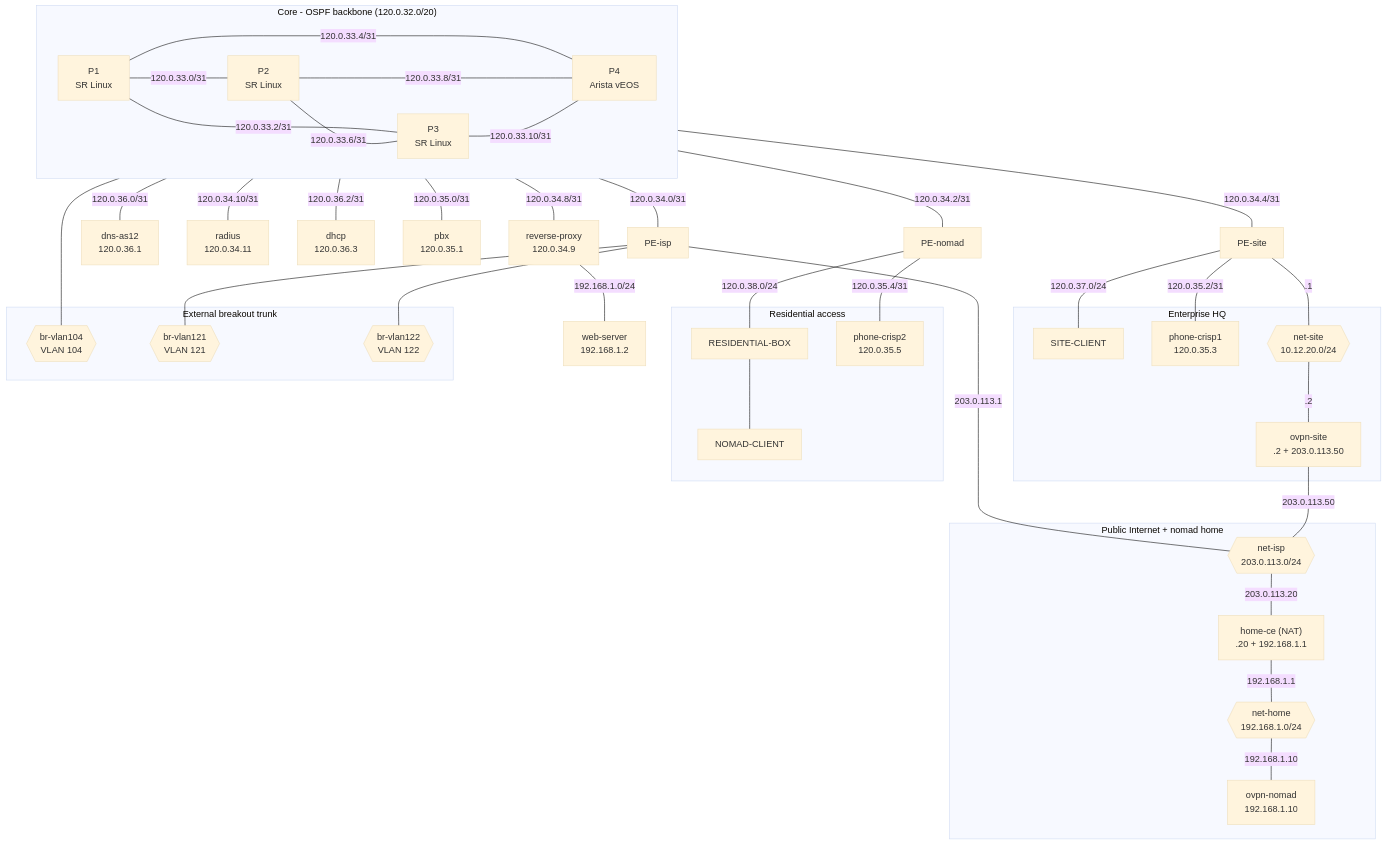
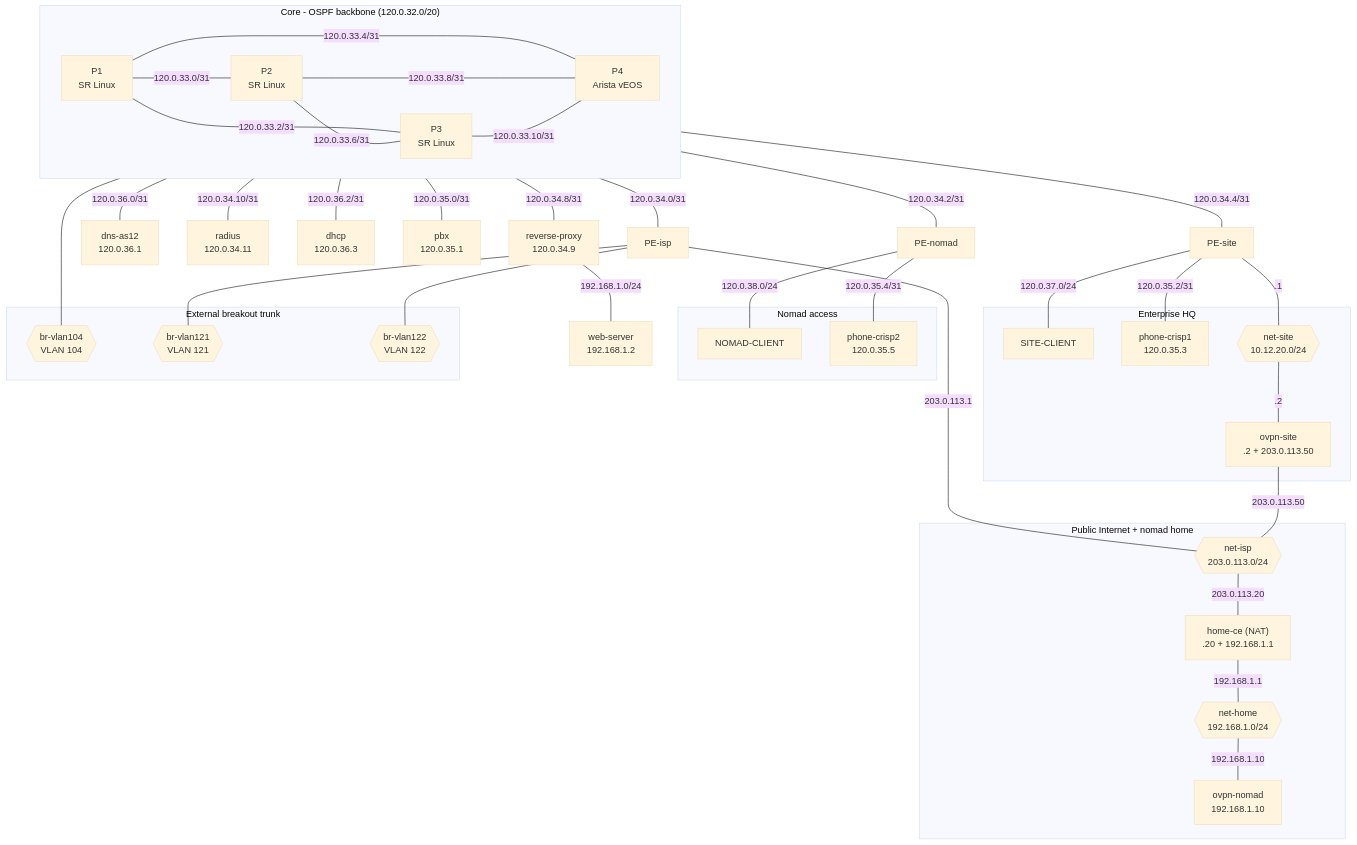
Before and after one commit to yfgrepcat/CrISP: the first of 2 diagrams in README.md, drawn with Mermaid. The commit also changed other lines of this file and 6 other files, not shown here.

````diff
--- a/README.md
+++ b/README.md
@@ -110,81 +110,79 @@
 ```mermaid
 %%{init: {'theme': 'base', 'themeVariables': {'fontSize': '16px'}}}%%
 flowchart TB
   subgraph CORE["Core - OSPF backbone (120.0.32.0/20)"]
     direction LR
     P1["P1<br/>SR Linux"]
     P2["P2<br/>SR Linux"]
     P3["P3<br/>SR Linux"]
     P4["P4<br/>Arista vEOS"]
     P1 ---|"120.0.33.0/31"| P2
     P1 ---|"120.0.33.2/31"| P3
     P1 ---|"120.0.33.4/31"| P4
     P2 ---|"120.0.33.6/31"| P3
     P2 ---|"120.0.33.8/31"| P4
     P3 ---|"120.0.33.10/31"| P4
   end
 
   %% --- services directly on the core ---
   RP["reverse-proxy<br/>120.0.34.9"]
   WEB["web-server<br/>192.168.1.2"]
   DNS["dns-as12<br/>120.0.36.1"]
   RADIUS["radius<br/>120.0.34.11"]
   DHCP["dhcp<br/>120.0.36.3"]
   PBX["pbx<br/>120.0.35.1"]
   P1 ---|"120.0.34.8/31"| RP
   RP ---|"192.168.1.0/24"| WEB
   P1 ---|"120.0.36.0/31"| DNS
   P1 ---|"120.0.36.2/31"| DHCP
   P2 ---|"120.0.34.10/31"| RADIUS
   P4 ---|"120.0.35.0/31"| PBX
 
   %% --- PE routers ---
   P1 ---|"120.0.34.0/31"| PEisp["PE-isp"]
   P2 ---|"120.0.34.2/31"| PEnomad["PE-nomad"]
   P3 ---|"120.0.34.4/31"| PEsite["PE-site"]
 
   %% --- HQ site (net-site) ---
   subgraph HQ["Enterprise HQ"]
     SITEC["SITE-CLIENT"]
     PHs["phone-crisp1<br/>120.0.35.3"]
     NETSITE{{"net-site<br/>10.12.20.0/24"}}
     OVPNs["ovpn-site<br/>.2 + 203.0.113.50"]
   end
   PEsite ---|"120.0.37.0/24"| SITEC
   PEsite ---|"120.0.35.2/31"| PHs
   PEsite ---|".1"| NETSITE
   NETSITE ---|".2"| OVPNs
 
   %% --- residential access ---
-  subgraph RES["Residential access"]
-    RBOX["RESIDENTIAL-BOX"]
+  subgraph RES["Nomad access"]
     NOMADC["NOMAD-CLIENT"]
     PHn["phone-crisp2<br/>120.0.35.5"]
   end
-  PEnomad ---|"120.0.38.0/24"| RBOX
-  RBOX --- NOMADC
+  PEnomad ---|"120.0.38.0/24"| NOMADC
   PEnomad ---|"120.0.35.4/31"| PHn
 
   %% --- Internet + nomad home ---
   subgraph NET["Public Internet + nomad home"]
     NETISP{{"net-isp<br/>203.0.113.0/24"}}
     HOMECE["home-ce (NAT)<br/>.20 + 192.168.1.1"]
     NETHOME{{"net-home<br/>192.168.1.0/24"}}
     OVPNn["ovpn-nomad<br/>192.168.1.10"]
   end
   PEisp ---|"203.0.113.1"| NETISP
   OVPNs ---|"203.0.113.50"| NETISP
   NETISP ---|"203.0.113.20"| HOMECE
   HOMECE ---|"192.168.1.1"| NETHOME
   NETHOME ---|"192.168.1.10"| OVPNn
 
   %% --- external breakout trunk ---
   subgraph TRUNK["External breakout trunk"]
     BR104{{"br-vlan104<br/>VLAN 104"}}
     BR121{{"br-vlan121<br/>VLAN 121"}}
     BR122{{"br-vlan122<br/>VLAN 122"}}
   end
   P4 --- BR104
   PEisp --- BR121
   PEisp --- BR122
 ```
````
